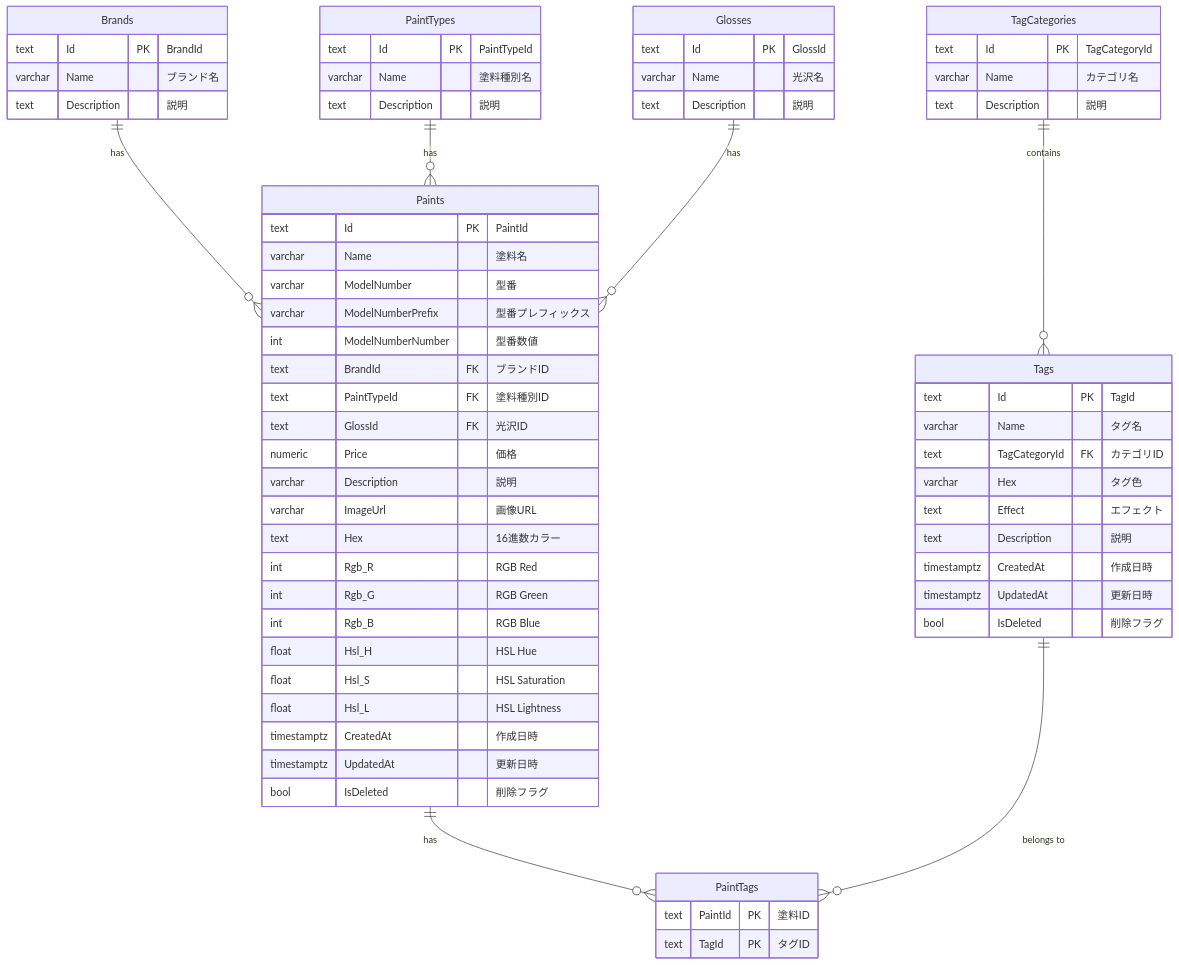
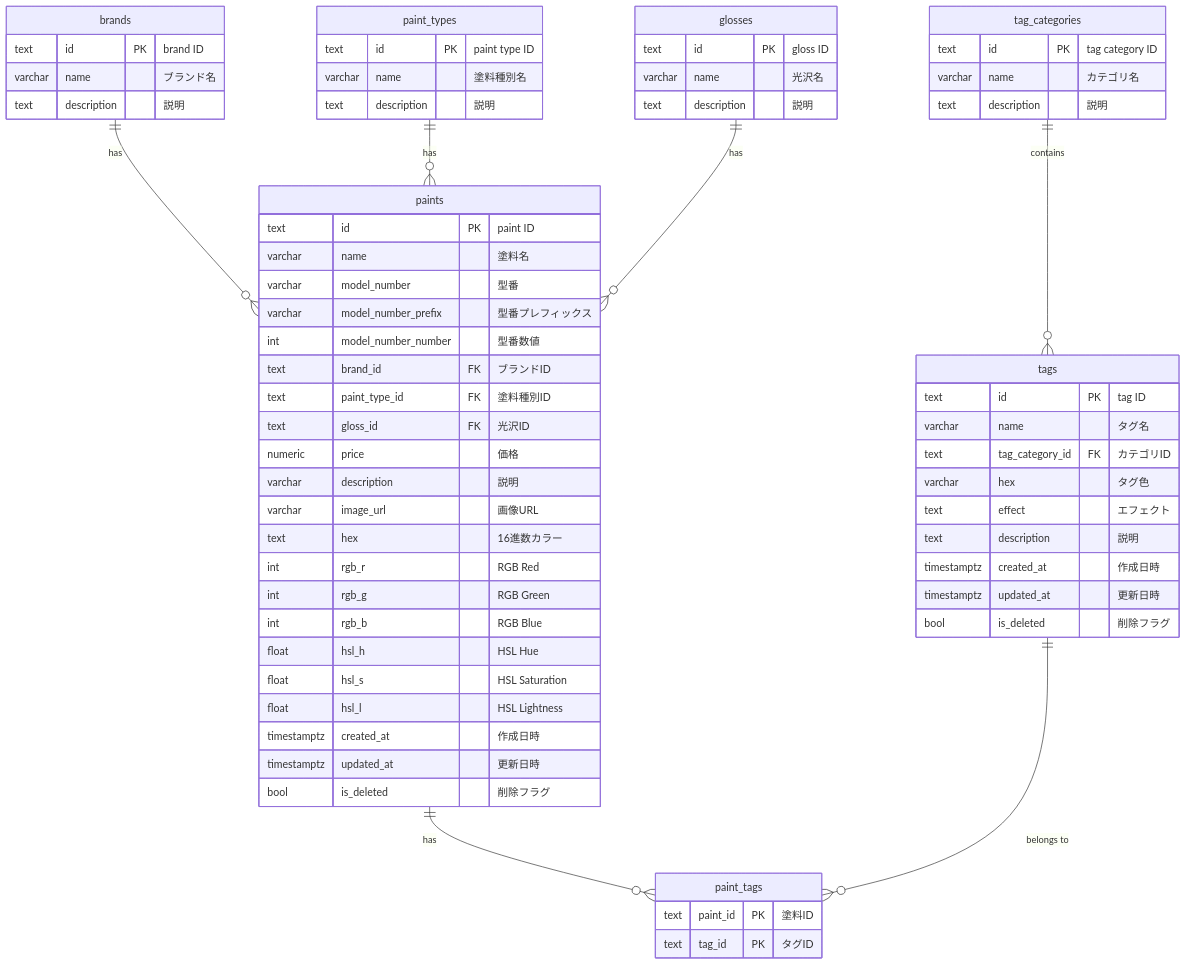
One commit to x29general/PlasticModelApp.Sample changed the diagram in docs/20_design/02_data/er_diagram.md. Above: the diagram before and after it, drawn with Mermaid. The commit also changed 1 other file, not shown here.

Commit message:
feat: Update ER diagram and table definitions for consistency and clarity

````diff
--- a/docs/20_design/02_data/er_diagram.md
+++ b/docs/20_design/02_data/er_diagram.md
@@ -3,77 +3,77 @@
 ```mermaid
 erDiagram
     %% Master Data
-    Brands ||--o{ Paints : "has"
-    PaintTypes ||--o{ Paints : "has"
-    Glosses ||--o{ Paints : "has"
-    TagCategories ||--o{ Tags : "contains"
+    brands ||--o{ paints : "has"
+    paint_types ||--o{ paints : "has"
+    glosses ||--o{ paints : "has"
+    tag_categories ||--o{ tags : "contains"
 
     %% Paint relationships
-    Paints ||--o{ PaintTags : "has"
-    Tags ||--o{ PaintTags : "belongs to"
+    paints ||--o{ paint_tags : "has"
+    tags ||--o{ paint_tags : "belongs to"
 
-    Paints {
-        text Id PK "PaintId"
-        varchar Name "塗料名"
-        varchar ModelNumber "型番"
-        varchar ModelNumberPrefix "型番プレフィックス"
-        int ModelNumberNumber "型番数値"
-        text BrandId FK "ブランドID"
-        text PaintTypeId FK "塗料種別ID"
-        text GlossId FK "光沢ID"
-        numeric Price "価格"
-        varchar Description "説明"
-        varchar ImageUrl "画像URL"
-        text Hex "16進数カラー"
-        int Rgb_R "RGB Red"
-        int Rgb_G "RGB Green"
-        int Rgb_B "RGB Blue"
-        float Hsl_H "HSL Hue"
-        float Hsl_S "HSL Saturation"
-        float Hsl_L "HSL Lightness"
-        timestamptz CreatedAt "作成日時"
-        timestamptz UpdatedAt "更新日時"
-        bool IsDeleted "削除フラグ"
+    paints {
+        text id PK "paint ID"
+        varchar name "塗料名"
+        varchar model_number "型番"
+        varchar model_number_prefix "型番プレフィックス"
+        int model_number_number "型番数値"
+        text brand_id FK "ブランドID"
+        text paint_type_id FK "塗料種別ID"
+        text gloss_id FK "光沢ID"
+        numeric price "価格"
+        varchar description "説明"
+        varchar image_url "画像URL"
+        text hex "16進数カラー"
+        int rgb_r "RGB Red"
+        int rgb_g "RGB Green"
+        int rgb_b "RGB Blue"
+        float hsl_h "HSL Hue"
+        float hsl_s "HSL Saturation"
+        float hsl_l "HSL Lightness"
+        timestamptz created_at "作成日時"
+        timestamptz updated_at "更新日時"
+        bool is_deleted "削除フラグ"
     }
 
-    Brands {
-        text Id PK "BrandId"
-        varchar Name "ブランド名"
-        text Description "説明"
+    brands {
+        text id PK "brand ID"
+        varchar name "ブランド名"
+        text description "説明"
     }
 
-    PaintTypes {
-        text Id PK "PaintTypeId"
-        varchar Name "塗料種別名"
-        text Description "説明"
+    paint_types {
+        text id PK "paint type ID"
+        varchar name "塗料種別名"
+        text description "説明"
     }
 
-    Glosses {
-        text Id PK "GlossId"
-        varchar Name "光沢名"
-        text Description "説明"
+    glosses {
+        text id PK "gloss ID"
+        varchar name "光沢名"
+        text description "説明"
     }
 
-    Tags {
-        text Id PK "TagId"
-        varchar Name "タグ名"
-        text TagCategoryId FK "カテゴリID"
-        varchar Hex "タグ色"
-        text Effect "エフェクト"
-        text Description "説明"
-        timestamptz CreatedAt "作成日時"
-        timestamptz UpdatedAt "更新日時"
-        bool IsDeleted "削除フラグ"
+    tags {
+        text id PK "tag ID"
+        varchar name "タグ名"
+        text tag_category_id FK "カテゴリID"
+        varchar hex "タグ色"
+        text effect "エフェクト"
+        text description "説明"
+        timestamptz created_at "作成日時"
+        timestamptz updated_at "更新日時"
+        bool is_deleted "削除フラグ"
     }
 
-    TagCategories {
-        text Id PK "TagCategoryId"
-        varchar Name "カテゴリ名"
-        text Description "説明"
+    tag_categories {
+        text id PK "tag category ID"
+        varchar name "カテゴリ名"
+        text description "説明"
     }
 
-    PaintTags {
-        text PaintId PK "塗料ID"
-        text TagId PK "タグID"
+    paint_tags {
+        text paint_id PK "塗料ID"
+        text tag_id PK "タグID"
     }
 ```
````
